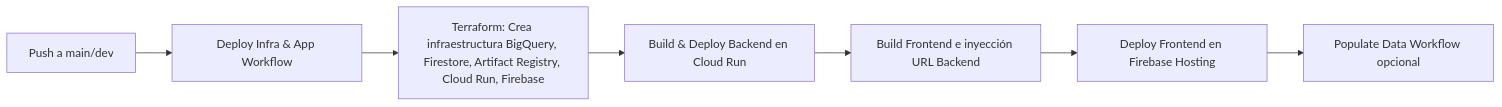
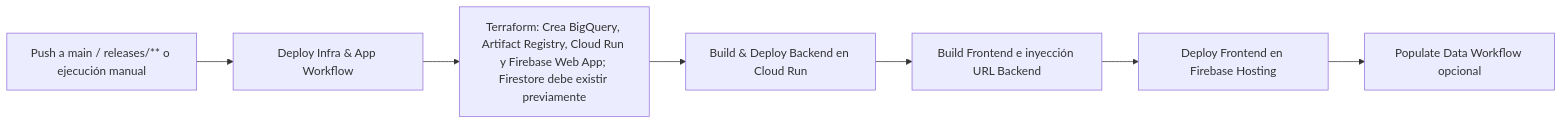
The diagram in README.md (HubertRonald/HackDayIAMindsInsuranceCarrier), drawn with Mermaid before and after one commit. The commit also changed other lines of this file and 4 other files, not shown here.

Commit message:
docs(portfolio): align historical architecture and evidence

````diff
--- a/README.md
+++ b/README.md
@@ -158,10 +175,10 @@
 ```mermaid
 %%{init: {"flowchart": {"htmlLabels": false}} }%%
 flowchart LR
-    A[Push a main/dev] --> B[Deploy Infra & App Workflow]
-    B --> C[Terraform: Crea infraestructura BigQuery, Firestore, Artifact Registry, Cloud Run, Firebase]
+    A[Push a main / releases/** o ejecución manual] --> B[Deploy Infra & App Workflow]
+    B --> C[Terraform: Crea BigQuery, Artifact Registry, Cloud Run y Firebase Web App; Firestore debe existir previamente]
     C --> D[Build & Deploy Backend en Cloud Run]
     D --> E[Build Frontend e inyección URL Backend]
     E --> F[Deploy Frontend en Firebase Hosting]
     F --> G[Populate Data Workflow opcional]
 ```
````
